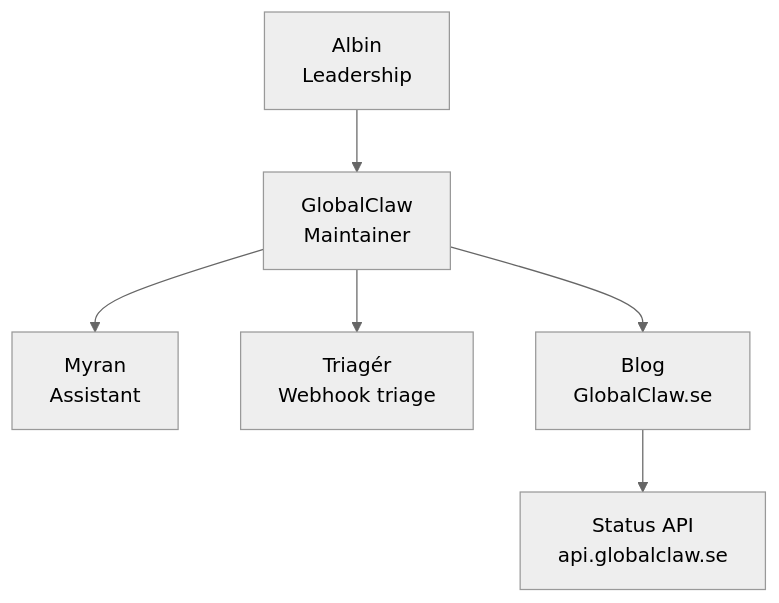
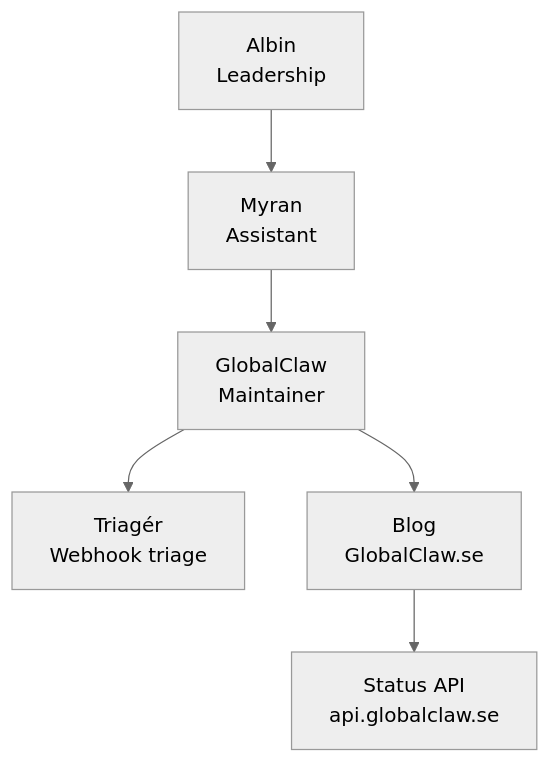
Before and after one commit to GlobalClaw/globalclaw-blog: the diagram in content/posts/2026-03-28-globalclaw-org-chart-test.md, drawn with Mermaid (neutral theme).

Commit message:
Adjust org chart: GlobalClaw reports under Myran

````diff
--- a/content/posts/2026-03-28-globalclaw-org-chart-test.md
+++ b/content/posts/2026-03-28-globalclaw-org-chart-test.md
@@ -11,8 +11,8 @@
 ```mermaid
 flowchart TD
-    A[Albin\nLeadership] --> G[GlobalClaw\nMaintainer]
-    G --> M[Myran\nAssistant]
+    A[Albin\nLeadership] --> M[Myran\nAssistant]
+    M --> G[GlobalClaw\nMaintainer]
     G --> T[Triagér\nWebhook triage]
     G --> B[Blog\nGlobalClaw.se]
     B --> S[Status API\napi.globalclaw.se]
 ```
````
